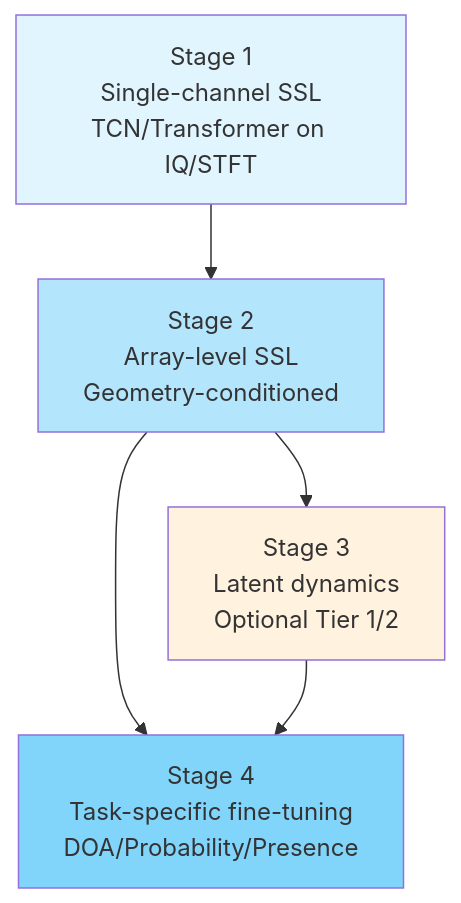
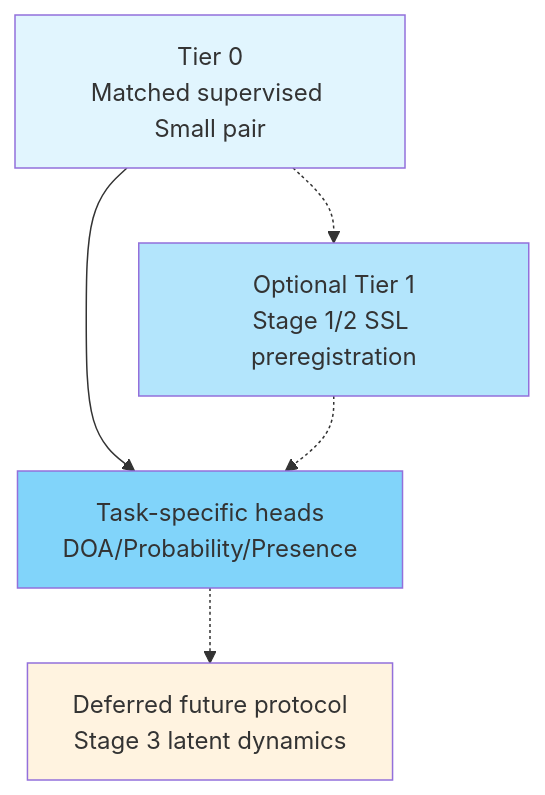
Before and after one commit to NikitaS2001/hydroacoustic-doa: the diagram in docs/research/framework/training_strategy.md, drawn with Mermaid. The commit also changed other lines of this file and 4 other files, not shown here.

````diff
--- a/docs/research/framework/training_strategy.md
+++ b/docs/research/framework/training_strategy.md
@@ -11,12 +17,12 @@
 ```mermaid
 graph TD
-    A[Stage 1<br/>Single-channel SSL<br/>TCN/Transformer on IQ/STFT] --> B[Stage 2<br/>Array-level SSL<br/>Geometry-conditioned]
-    B --> C[Stage 3<br/>Latent dynamics<br/>Optional Tier 1/2]
-    B --> D[Stage 4<br/>Task-specific fine-tuning<br/>DOA/Probability/Presence]
-    C --> D
+    A[Tier 0<br/>Matched supervised Small pair] --> D[Task-specific heads<br/>DOA/Probability/Presence]
+    A -.-> B[Optional Tier 1<br/>Stage 1/2 SSL preregistration]
+    B -.-> D
+    D -.-> C[Deferred future protocol<br/>Stage 3 latent dynamics]
     
     style A fill:#e1f5fe
     style B fill:#b3e5fc
     style D fill:#81d4fa
     style C fill:#fff3e0
 ```
````
